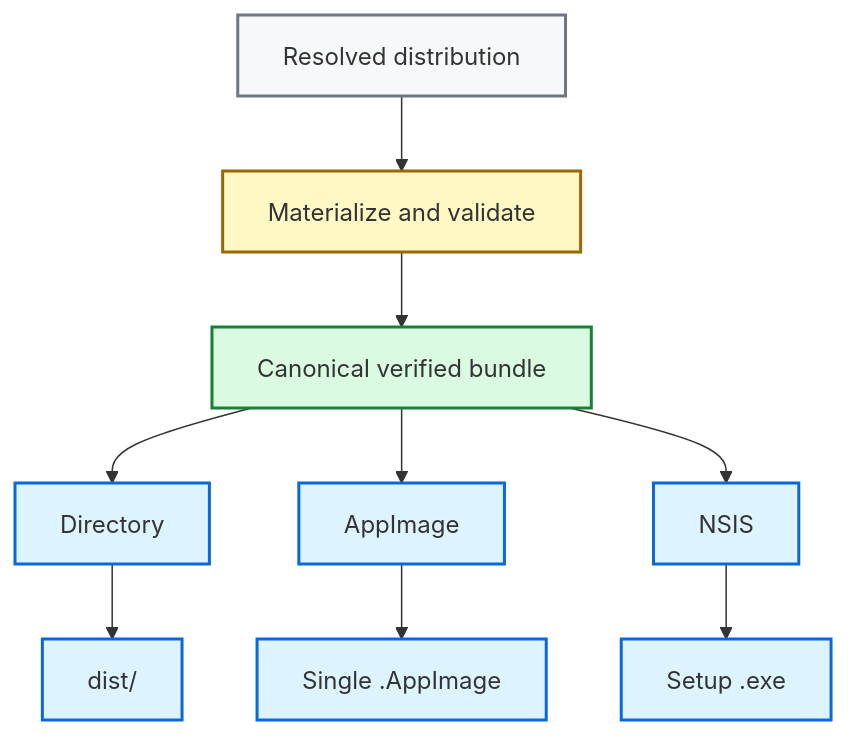
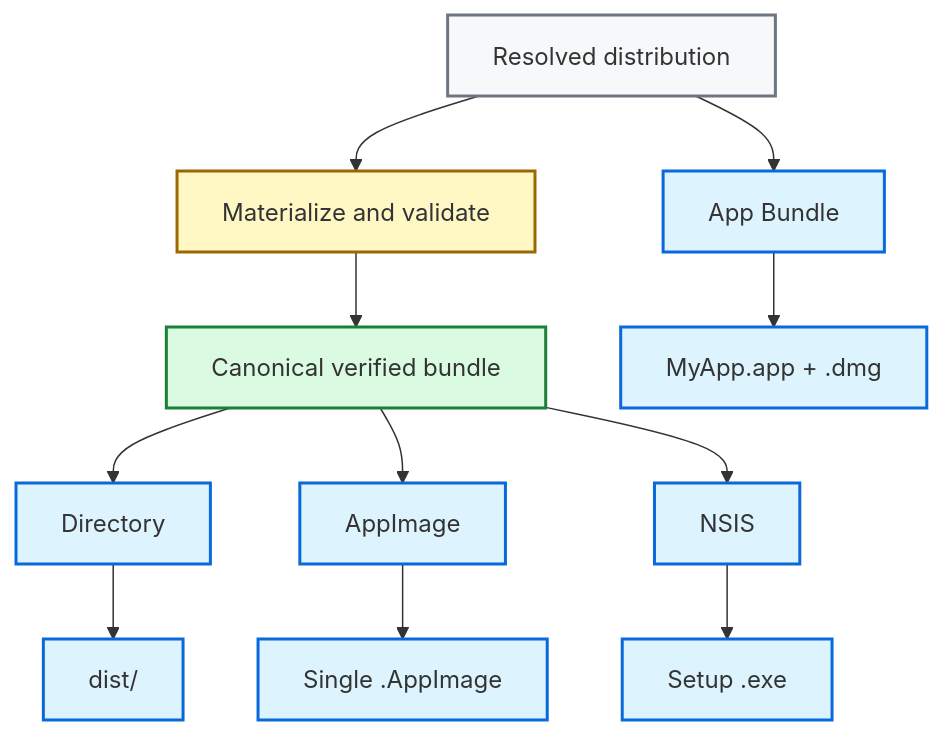
One commit to 0x48piraj/kurogane changed the second of 4 diagrams in docs/bundling.md. Above: the diagram before and after it, drawn with Mermaid. The commit also changed other lines of this file and 13 other files, not shown here.

````diff
--- a/docs/bundling.md
+++ b/docs/bundling.md
@@ -33,26 +33,28 @@
 ```mermaid
 flowchart TD
     A["Resolved distribution"]
     B["Materialize and validate"]
     C["Canonical verified bundle"]
 
     A --> B --> C
 
     C --> D["Directory"]
     C --> E["AppImage"]
     C --> F["NSIS"]
+    A --> G["App Bundle"]
 
     D --> D1["dist/"]
     E --> E1["Single .AppImage"]
     F --> F1["Setup .exe"]
+    G --> G1["MyApp.app + .dmg"]
 
     classDef source fill:#f6f8fa,stroke:#6e7781,stroke-width:2px;
     classDef process fill:#fff8c5,stroke:#9a6700,stroke-width:2px;
     classDef verified fill:#dafbe1,stroke:#1a7f37,stroke-width:2px;
     classDef format fill:#ddf4ff,stroke:#0969da,stroke-width:2px;
 
     class A source;
     class B process;
     class C verified;
-    class D,E,F,D1,E1,F1 format;
+    class D,E,F,G,D1,E1,F1,G1 format;
 ```
````
